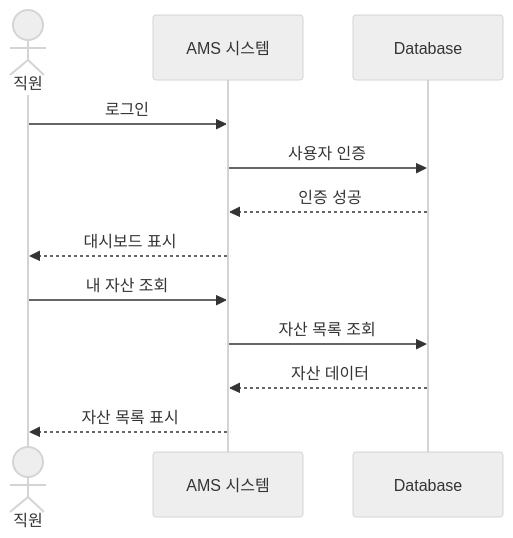
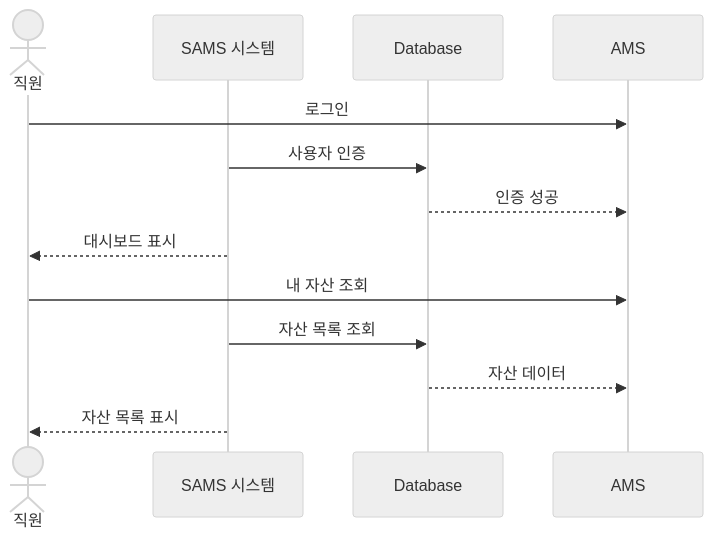
Before and after one commit to SuresoftTechnologies/sams: the second of 5 diagrams in docs/architecture/01-system-context.md, drawn with Mermaid (neutral theme). The commit also changed other lines of this file and 53 other files, not shown here.

Commit message:
chore: ams-> sams

````diff
--- a/docs/architecture/01-system-context.md
+++ b/docs/architecture/01-system-context.md
@@ -142,16 +142,16 @@
 ```mermaid
 sequenceDiagram
     actor Employee as 직원
-    participant AMS as AMS 시스템
+    participant SAMS as SAMS 시스템
     participant DB as Database
 
     Employee->>AMS: 로그인
-    AMS->>DB: 사용자 인증
+    SAMS->>DB: 사용자 인증
     DB-->>AMS: 인증 성공
-    AMS-->>Employee: 대시보드 표시
+    SAMS-->>Employee: 대시보드 표시
 
     Employee->>AMS: 내 자산 조회
-    AMS->>DB: 자산 목록 조회
+    SAMS->>DB: 자산 목록 조회
     DB-->>AMS: 자산 데이터
-    AMS-->>Employee: 자산 목록 표시
+    SAMS-->>Employee: 자산 목록 표시
 ```
````
